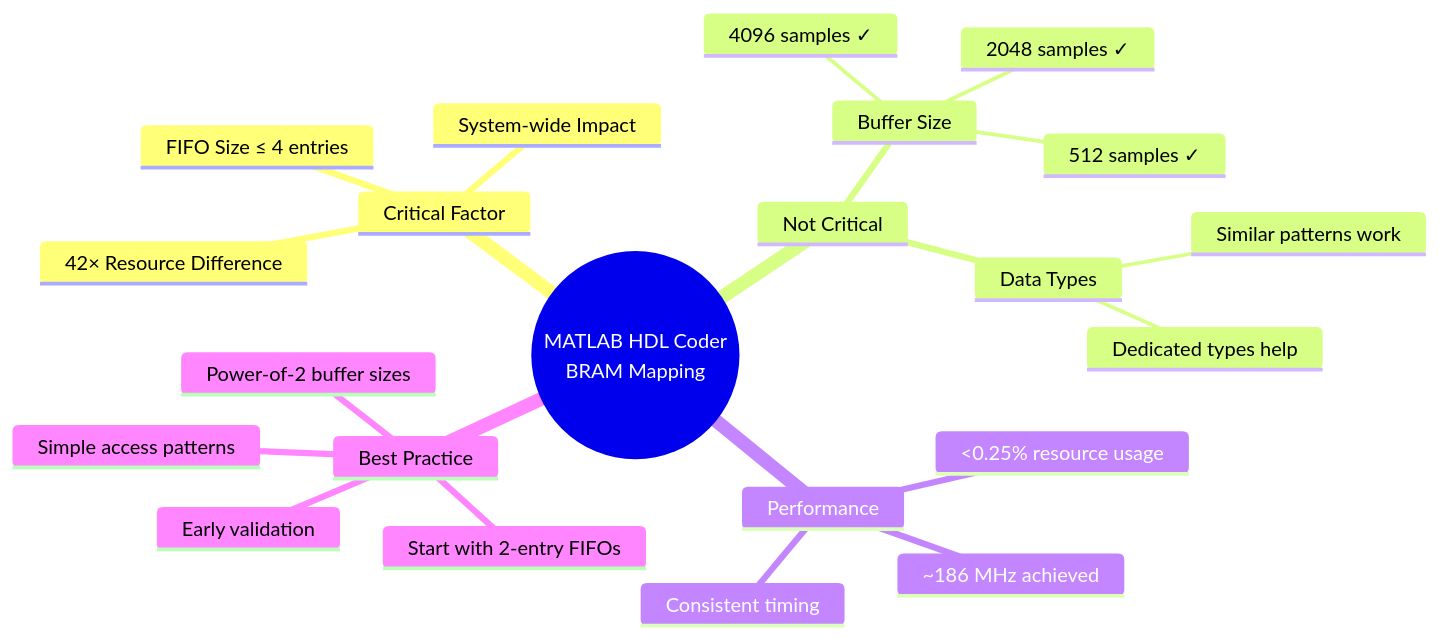
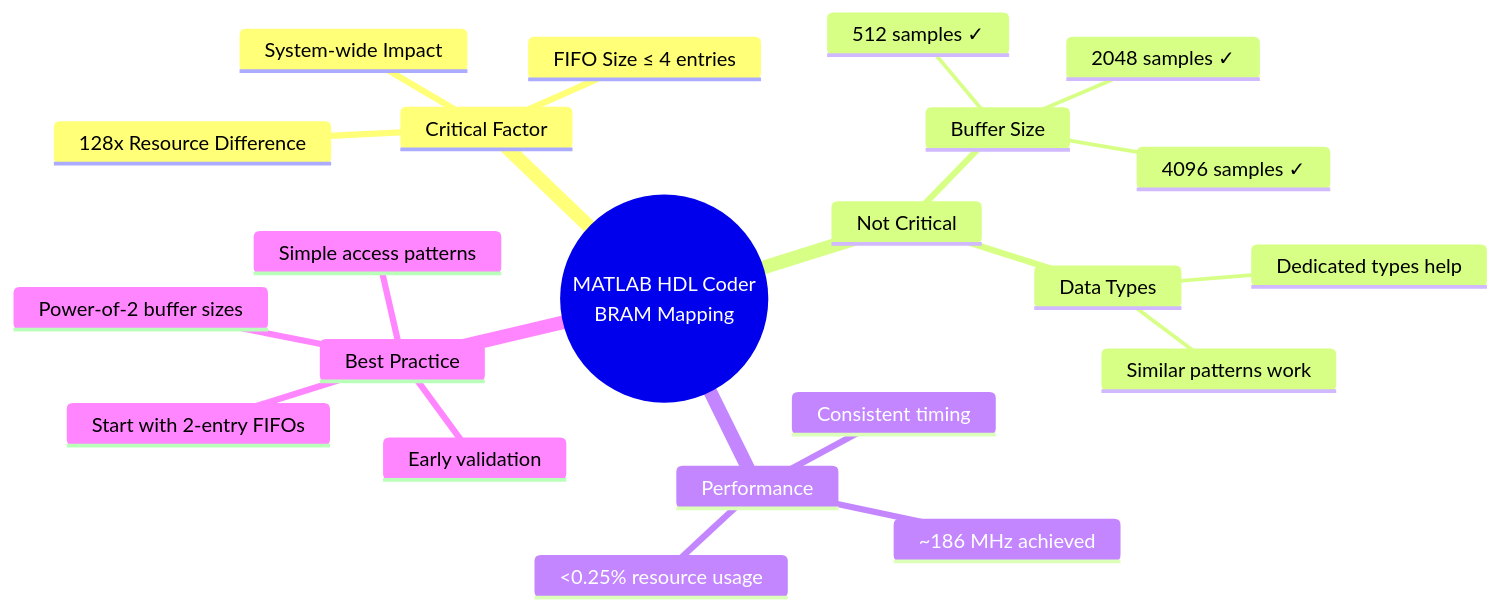
Diagram 15 of 16 in README.md (rockyco/extractSSBsig), drawn with Mermaid before and after one commit. The commit also changed other lines of this file and 3 other files, not shown here.

````diff
--- a/README.md
+++ b/README.md
@@ -894,28 +894,28 @@
 ```mermaid
 mindmap
   root((MATLAB HDL Coder<br/>BRAM Mapping))
     Critical Factor
       FIFO Size ≤ 4 entries
       System-wide Impact
-      42× Resource Difference
+      128x Resource Difference
     
     Not Critical
       Buffer Size
         512 samples ✓
         2048 samples ✓ 
         4096 samples ✓
       Data Types
         Similar patterns work
         Dedicated types help
     
     Performance
       ~186 MHz achieved
       Consistent timing
       <0.25% resource usage
     
     Best Practice
       Start with 2-entry FIFOs
       Power-of-2 buffer sizes
       Simple access patterns
       Early validation
 ```
````
